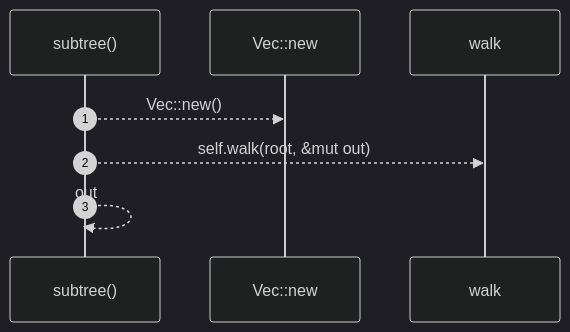
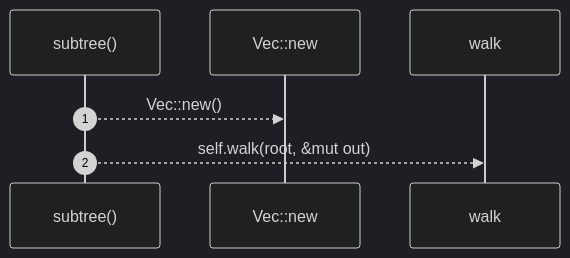
Before and after one commit to RyanGuild/self-describing-code: the seventh of 8 diagrams in docs/self-model/robby_ir/model/impl-document.md, drawn with Mermaid (dark theme). The commit also changed other lines of this file and 1404 other files, not shown here.

````diff
--- a/docs/self-model/robby_ir/model/impl-document.md
+++ b/docs/self-model/robby_ir/model/impl-document.md
@@ -363,10 +586,9 @@
 ```mermaid
 sequenceDiagram
     autonumber
     participant subtree as subtree()
     participant Vec__new as Vec::new
     participant walk as walk
     subtree-->>Vec__new: Vec::new()
     subtree-->>walk: self.walk(root, &mut out)
-    subtree-->>subtree: out
 ```
````
